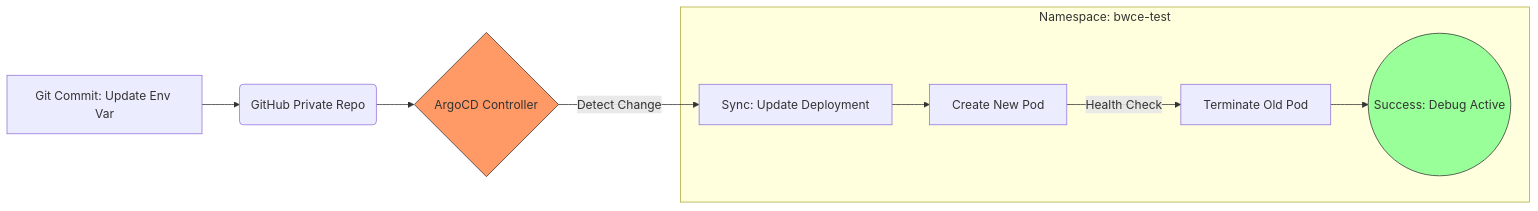
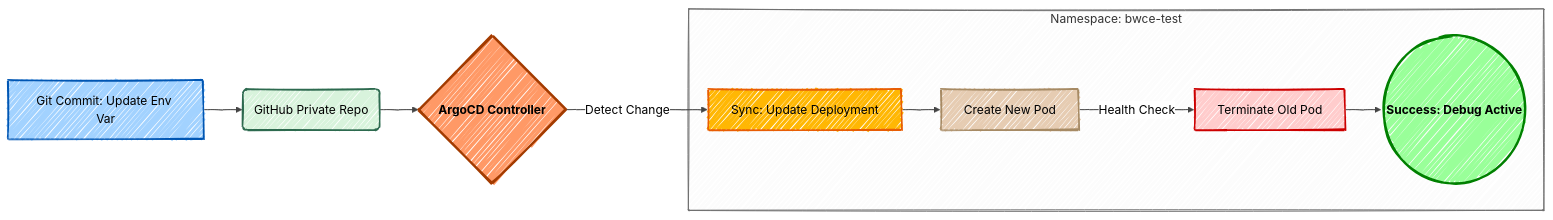
Before and after one commit to dmassimi/argocd-bwce: the diagram in README.md, drawn with Mermaid.

````diff
--- a/README.md
+++ b/README.md
@@ -49,15 +49,33 @@
 ```mermaid
+%%{init: {
+  'theme': 'base', 
+  'look': 'handDrawn', 
+  'themeVariables': { 
+    'fontFamily': 'Comic Sans MS, cursive',
+    'primaryColor': '#ffffff',
+    'mainBkg': '#ffffff',
+    'lineColor': '#444444'
+  }
+}}%%
+
+%%{init: {'theme': 'neutral'}}%%
 graph LR
     A[Git Commit: Update Env Var] --> B(GitHub Private Repo)
     B --> C{ArgoCD Controller}
     C -->|Detect Change| D[Sync: Update Deployment]
     
     subgraph "Namespace: bwce-test"
     D --> E[Create New Pod]
     E -->|Health Check| F[Terminate Old Pod]
     F --> G((Success: Debug Active))
     end
 
-    style C fill:#f96,stroke:#333
-    style G fill:#9f9,stroke:#333
+%% Apply more colors using style classes or individual styles
+    style A fill:#a2d2ff,stroke:#0056b3,stroke-width:2px,rx:10,ry:10,color:#000
+    style B fill:#d8f3dc,stroke:#2d6a4f,stroke-width:2px,rx:10,ry:10,color:#000
+    style C fill:#f96,stroke:#a33b00,stroke-width:3px,color:#000,font-weight:bold
+    style D fill:#ffb703,stroke:#e85d04,stroke-width:2px,rx:10,ry:10,color:#000
+    style E fill:#e6ccb2,stroke:#a68a64,stroke-width:2px,rx:10,ry:10,color:#000
+    style F fill:#ffcccc,stroke:#cc0000,stroke-width:2px,rx:10,ry:10,color:#000
+    style G fill:#9f9,stroke:#008000,stroke-width:3px,color:#000,font-weight:bold
 ```
````
